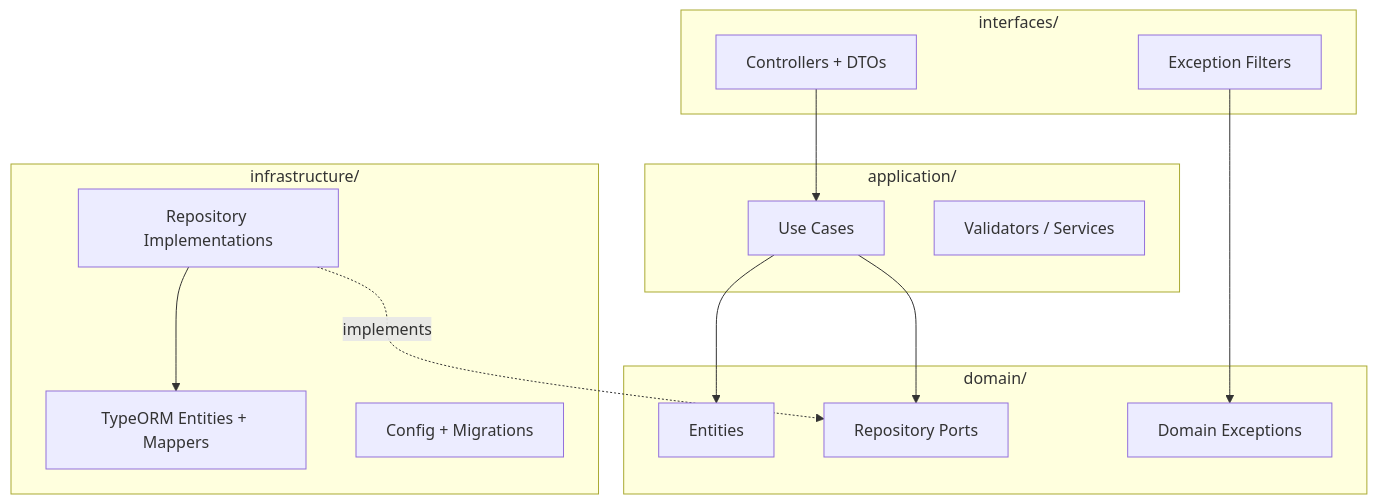
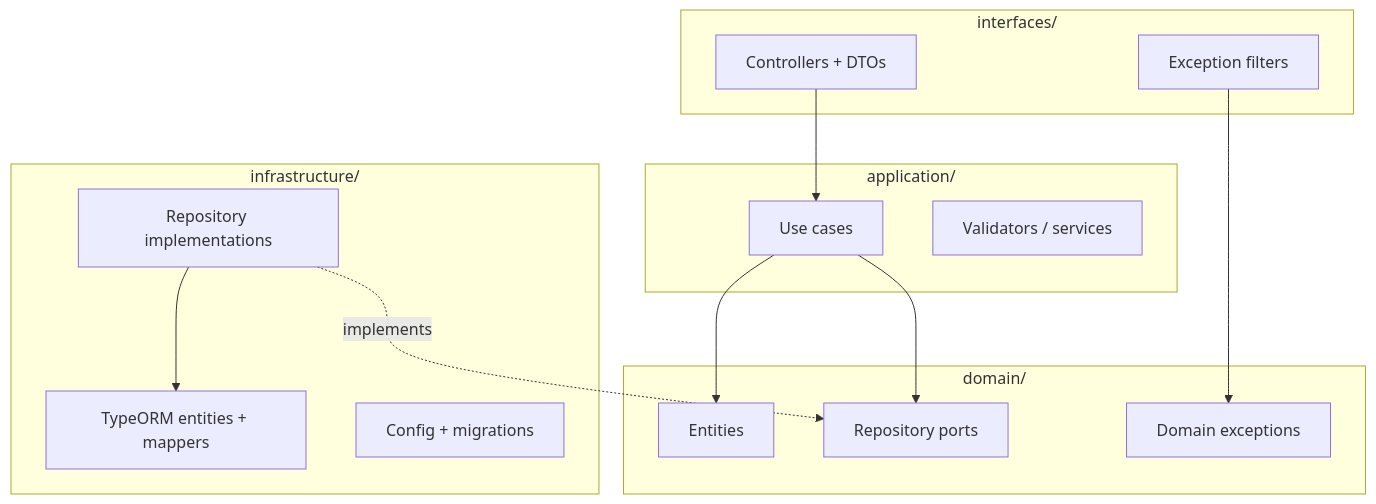
The diagram in docs/architecture/diagrams/02-clean-architecture-layers.md (JeansCordoba/Colombian_fruits), drawn with Mermaid before and after one commit. The commit also changed other lines of this file and 22 other files, not shown here.

Commit message:
docs: fix wiki links, slim README, and align diagrams with standards

````diff
--- a/docs/architecture/diagrams/02-clean-architecture-layers.md
+++ b/docs/architecture/diagrams/02-clean-architecture-layers.md
@@ -5,31 +11,31 @@
 ```mermaid
 flowchart TB
     subgraph interfaces ["interfaces/"]
         Controllers["Controllers + DTOs"]
-        Filters["Exception Filters"]
+        Filters["Exception filters"]
     end
 
     subgraph application ["application/"]
-        UseCases["Use Cases"]
-        Validators["Validators / Services"]
+        UseCases["Use cases"]
+        Validators["Validators / services"]
     end
 
     subgraph domain ["domain/"]
         Entities["Entities"]
-        Ports["Repository Ports"]
-        Exceptions["Domain Exceptions"]
+        Ports["Repository ports"]
+        Exceptions["Domain exceptions"]
     end
 
     subgraph infrastructure ["infrastructure/"]
-        Repos["Repository Implementations"]
-        ORM["TypeORM Entities + Mappers"]
-        Config["Config + Migrations"]
+        Repos["Repository implementations"]
+        ORM["TypeORM entities + mappers"]
+        Config["Config + migrations"]
     end
 
     Controllers --> UseCases
     UseCases --> Ports
     UseCases --> Entities
     Repos -.->|implements| Ports
     Repos --> ORM
     Filters --> Exceptions
 ```
````
